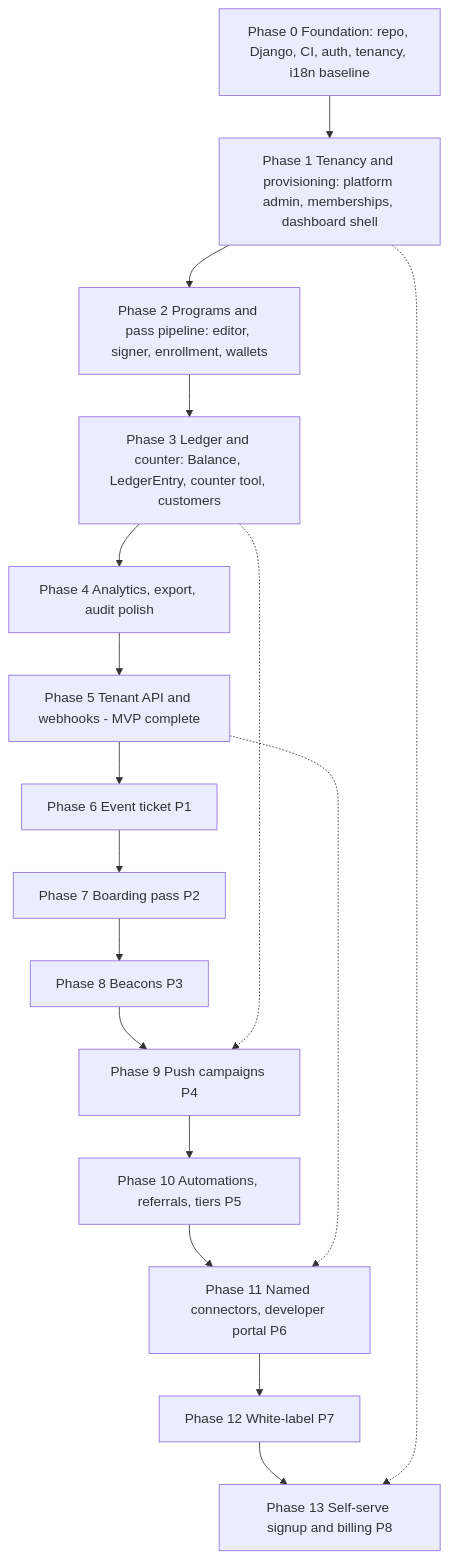
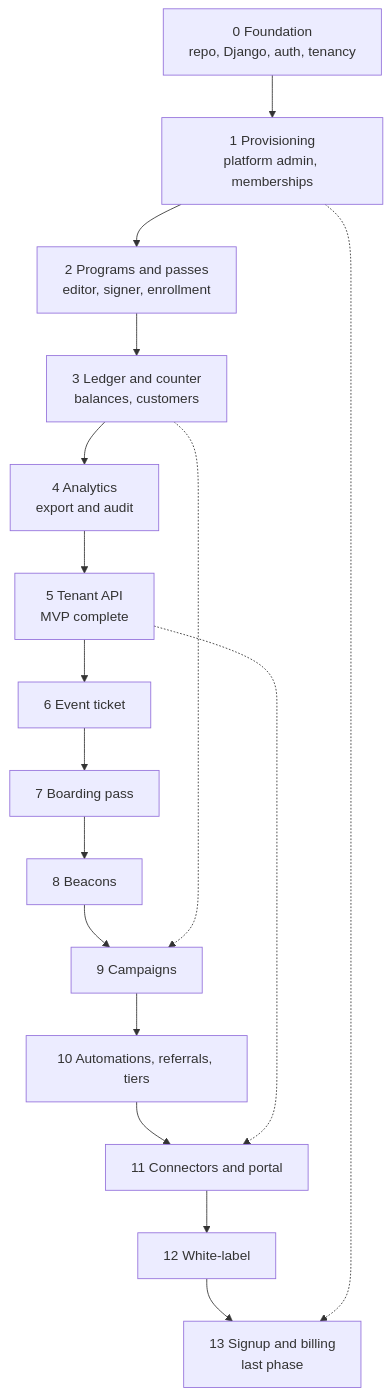
One commit to fahadasnan/hermes-council changed the first of 2 diagrams in output/plan/IMPLEMENTATION_PLAN.md. Above: the diagram before and after it, drawn with Mermaid. The commit also changed other lines of this file and 2 other files, not shown here.

Commit message:
Auto: council progress 13:28 - 3 file(s): IMPLEMENTATION_PLAN.md, mermaid-0.png, mermaid-1.png

````diff
--- a/output/plan/IMPLEMENTATION_PLAN.md
+++ b/output/plan/IMPLEMENTATION_PLAN.md
@@ -13,22 +13,21 @@
 ```mermaid
 flowchart TD
-  P0["Phase 0 Foundation: repo, Django, CI, auth, tenancy, i18n baseline"]
-  P1["Phase 1 Tenancy and provisioning: platform admin, memberships, dashboard shell"]
-  P2["Phase 2 Programs and pass pipeline: editor, signer, enrollment, wallets"]
-  P3["Phase 3 Ledger and counter: Balance, LedgerEntry, counter tool, customers"]
-  P4["Phase 4 Analytics, export, audit polish"]
-  P5["Phase 5 Tenant API and webhooks - MVP complete"]
-  P6["Phase 6 Event ticket P1"]
-  P7["Phase 7 Boarding pass P2"]
-  P8["Phase 8 Beacons P3"]
-  P9["Phase 9 Push campaigns P4"]
-  P10["Phase 10 Automations, referrals, tiers P5"]
-  P11["Phase 11 Named connectors, developer portal P6"]
-  P12["Phase 12 White-label P7"]
-  P13["Phase 13 Self-serve signup and billing P8"]
-  P0 --> P1 --> P2 --> P3 --> P4 --> P5
-  P5 --> P6 --> P7 --> P8 --> P9 --> P10 --> P11 --> P12 --> P13
+  P0["0 Foundation<br/>repo, Django, auth, tenancy"]
+  P1["1 Provisioning<br/>platform admin, memberships"]
+  P2["2 Programs and passes<br/>editor, signer, enrollment"]
+  P3["3 Ledger and counter<br/>balances, customers"]
+  P4["4 Analytics<br/>export and audit"]
+  P5["5 Tenant API<br/>MVP complete"]
+  P6["6 Event ticket"]
+  P7["7 Boarding pass"]
+  P8["8 Beacons"]
+  P9["9 Campaigns"]
+  P10["10 Automations, referrals, tiers"]
+  P11["11 Connectors and portal"]
+  P12["12 White-label"]
+  P13["13 Signup and billing<br/>last phase"]
+  P0 --> P1 --> P2 --> P3 --> P4 --> P5 --> P6 --> P7 --> P8 --> P9 --> P10 --> P11 --> P12 --> P13
   P3 -.-> P9
   P5 -.-> P11
   P1 -.-> P13
 ```
````
